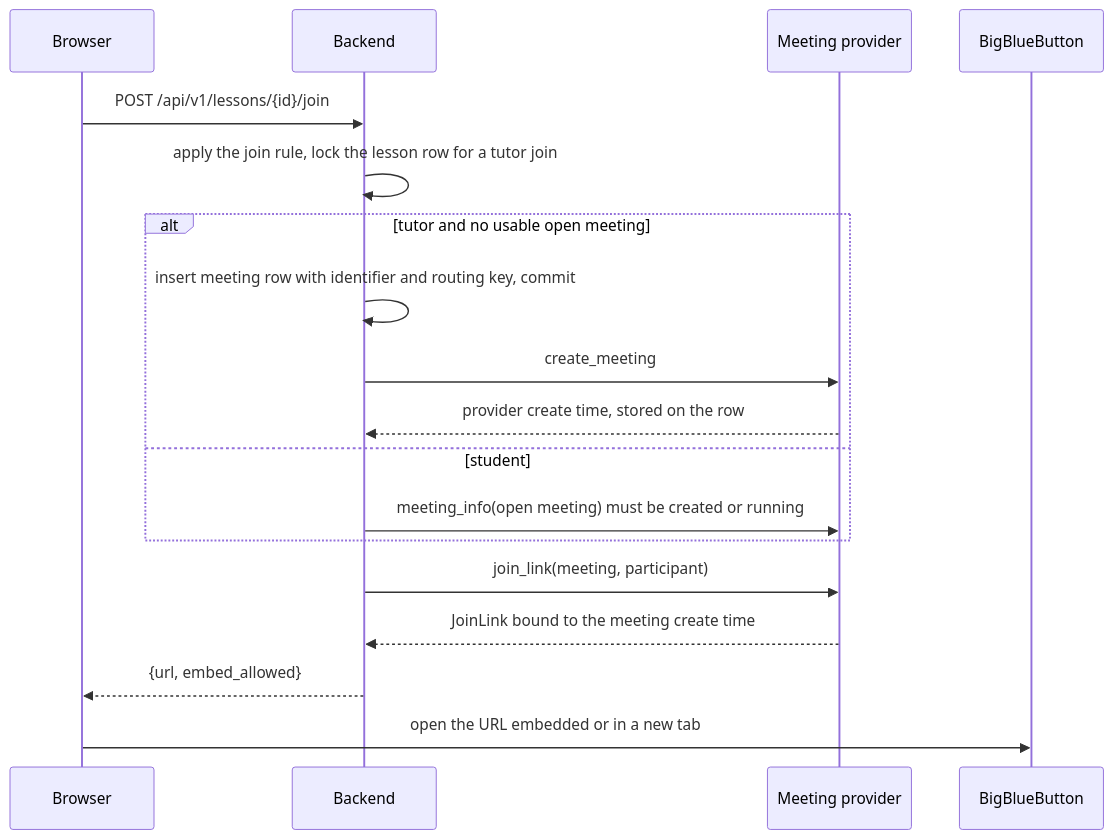
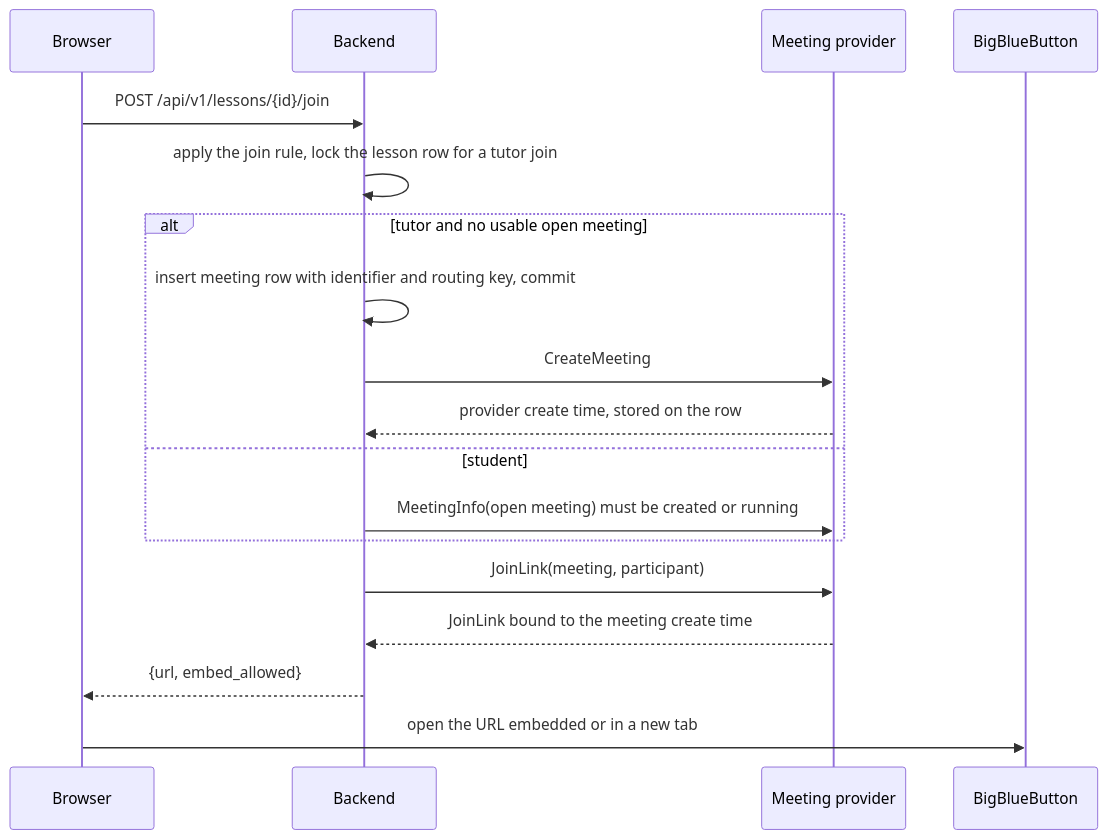
One commit to klukashka/ovc changed the second of 3 diagrams in knowledge/specs/realtime-and-video.md. Above: the diagram before and after it, drawn with Mermaid. The commit also changed other lines of this file and 23 other files, not shown here.

````diff
--- a/knowledge/specs/realtime-and-video.md
+++ b/knowledge/specs/realtime-and-video.md
@@ -158,20 +159,20 @@
 ```mermaid
 sequenceDiagram
   participant S as Browser
   participant API as Backend
   participant P as Meeting provider
   participant V as BigBlueButton
   S->>API: POST /api/v1/lessons/{id}/join
   API->>API: apply the join rule, lock the lesson row for a tutor join
   alt tutor and no usable open meeting
     API->>API: insert meeting row with identifier and routing key, commit
-    API->>P: create_meeting
+    API->>P: CreateMeeting
     P-->>API: provider create time, stored on the row
   else student
-    API->>P: meeting_info(open meeting) must be created or running
+    API->>P: MeetingInfo(open meeting) must be created or running
   end
-  API->>P: join_link(meeting, participant)
+  API->>P: JoinLink(meeting, participant)
   P-->>API: JoinLink bound to the meeting create time
   API-->>S: {url, embed_allowed}
   S->>V: open the URL embedded or in a new tab
 ```
````
